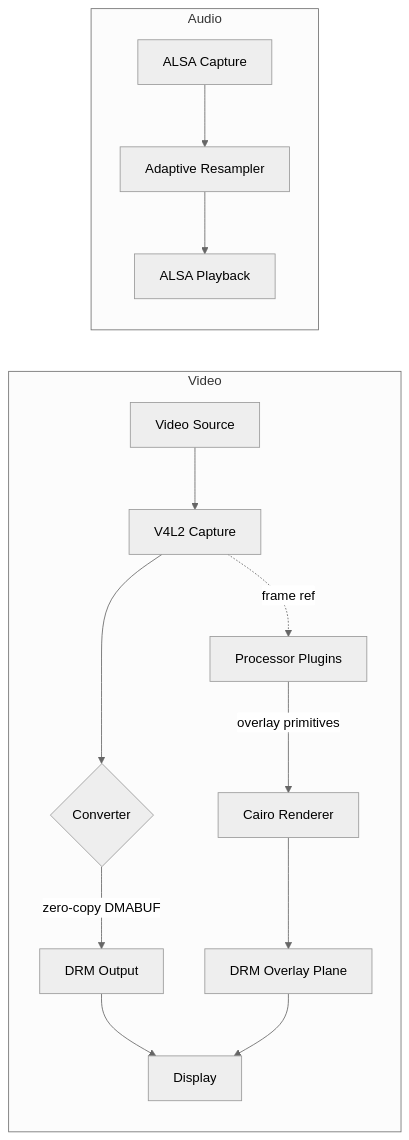
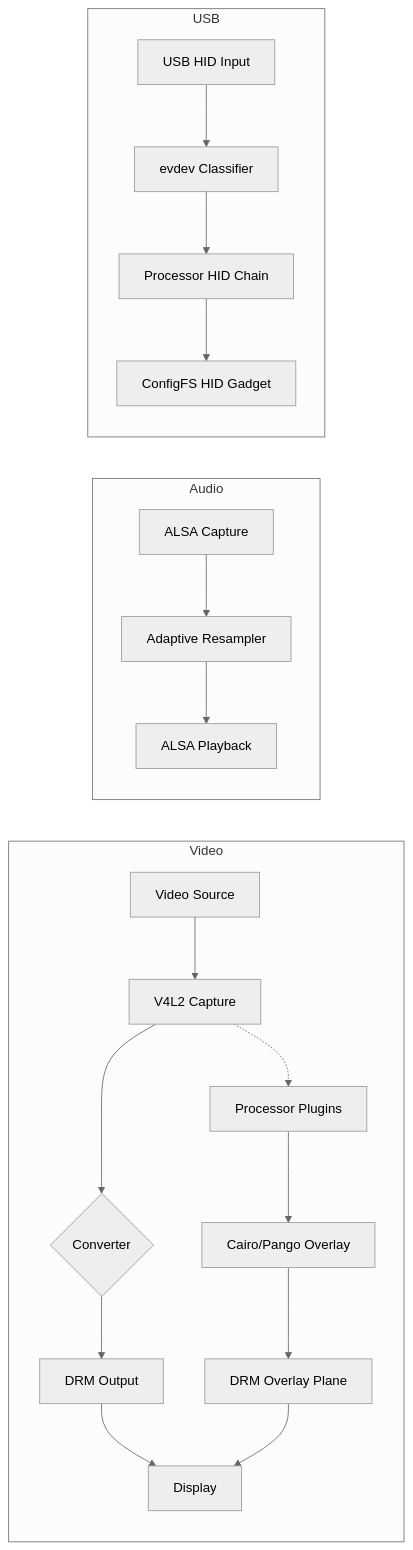
Before and after one commit to manuel-alvarez-alvarez/overlAIer: the diagram in README.md, drawn with Mermaid (neutral theme). The commit also changed other lines of this file and 20 other files, not shown here.

First line of the commit message:
feat: add USB HID proxy via OTG with processor chain (#13)

````diff
--- a/README.md
+++ b/README.md
@@ -160,18 +199,24 @@
 ```mermaid
 graph LR
     subgraph Video
         Source[Video Source] --> V4L2[V4L2 Capture]
         V4L2 --> Conv{Converter}
-        Conv -->|zero-copy DMABUF| DRM[DRM Output]
+        Conv --> DRM[DRM Output]
+        V4L2 -.-> Proc[Processor Plugins]
+        Proc --> Cairo[Cairo/Pango Overlay]
+        Cairo --> Overlay[DRM Overlay Plane]
         DRM --> Display[Display]
-        V4L2 -.->|frame ref| Proc[Processor Plugins]
-        Proc -->|overlay primitives| Cairo[Cairo Renderer]
-        Cairo --> Overlay[DRM Overlay Plane]
         Overlay --> Display
     end
 
     subgraph Audio
         AIn[ALSA Capture] --> Resample[Adaptive Resampler]
         Resample --> AOut[ALSA Playback]
     end
+
+    subgraph USB
+        HID[USB HID Input] --> Evdev[evdev Classifier]
+        Evdev --> Chain[Processor HID Chain]
+        Chain --> Gadget[ConfigFS HID Gadget]
+    end
 ```
````
